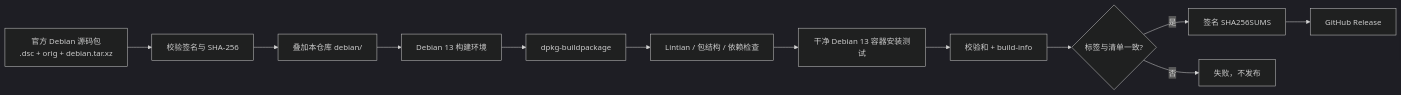
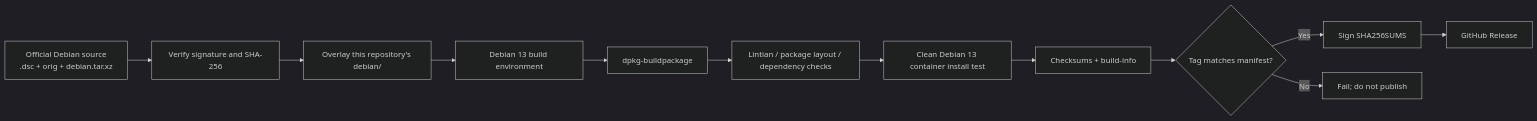
Before and after one commit to luckzylp/kicad-debain13: the diagram in README.md, drawn with Mermaid (dark theme). The commit also changed other lines of this file and 2 other files, not shown here.

````diff
--- a/README.md
+++ b/README.md
@@ -79,14 +96,14 @@
 ```mermaid
 flowchart LR
-  A[官方 Debian 源码包<br/>.dsc + orig + debian.tar.xz] --> B[校验签名与 SHA-256]
-  B --> C[叠加本仓库 debian/]
-  C --> D[Debian 13 构建环境]
+  A[Official Debian source<br/>.dsc + orig + debian.tar.xz] --> B[Verify signature and SHA-256]
+  B --> C[Overlay this repository's debian/]
+  C --> D[Debian 13 build environment]
   D --> E[dpkg-buildpackage]
-  E --> F[Lintian / 包结构 / 依赖检查]
-  F --> G[干净 Debian 13 容器安装测试]
-  G --> H[校验和 + build-info]
-  H --> I{标签与清单一致?}
-  I -->|是| J[签名 SHA256SUMS]
+  E --> F[Lintian / package layout / dependency checks]
+  F --> G[Clean Debian 13 container install test]
+  G --> H[Checksums + build-info]
+  H --> I{Tag matches manifest?}
+  I -->|Yes| J[Sign SHA256SUMS]
   J --> K[GitHub Release]
-  I -->|否| L[失败，不发布]
+  I -->|No| L[Fail; do not publish]
 ```
````
